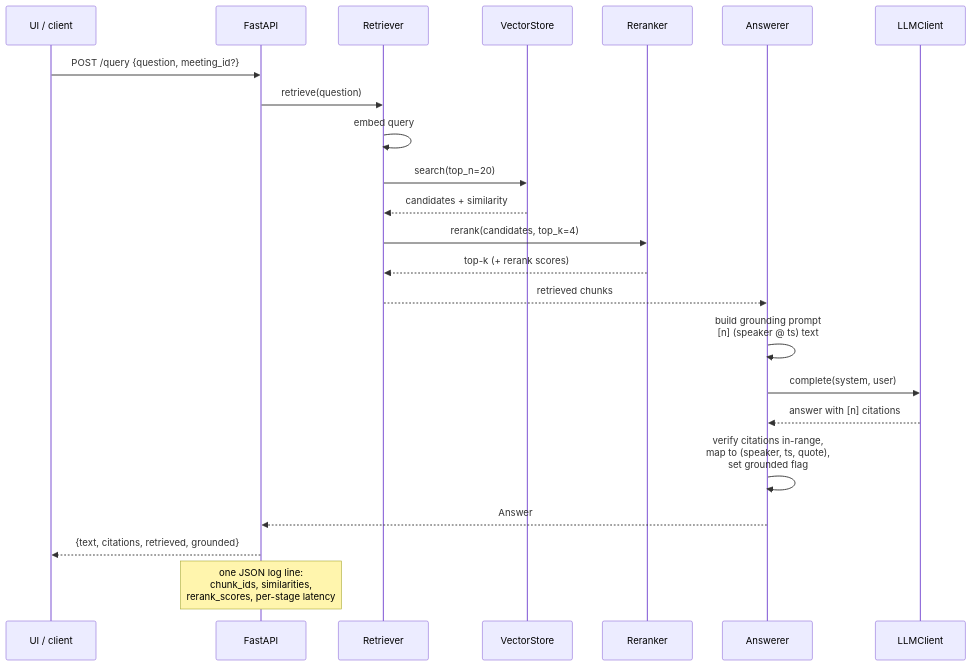
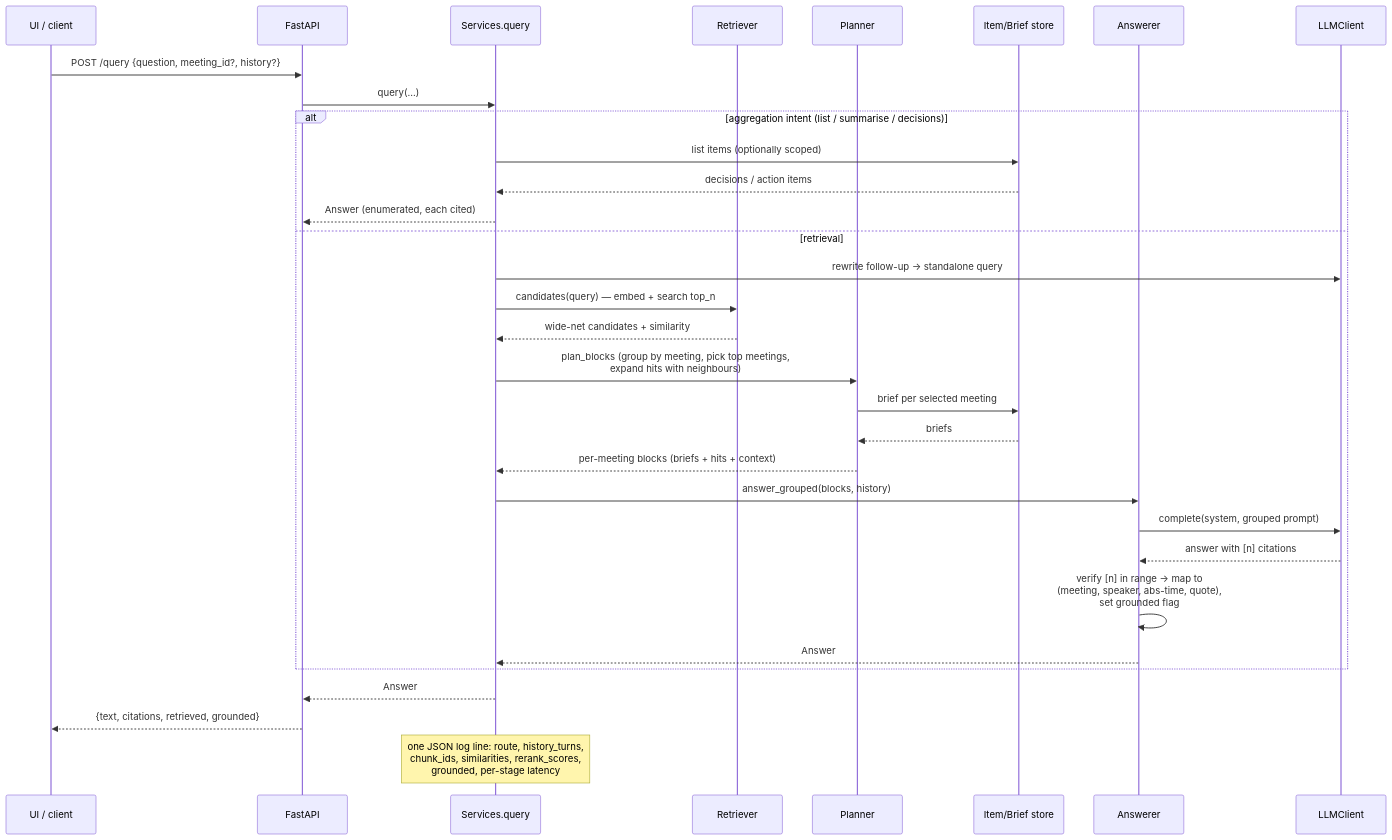
Before and after one commit to Farzinkh/newpage_solutions: the fifth of 5 diagrams in meeting-intelligence/docs/architecture.md, drawn with Mermaid. The commit also changed other lines of this file and 3 other files, not shown here.

First line of the commit message:
docs: bring architecture and READMEs up to date with current features

````diff
--- a/meeting-intelligence/docs/architecture.md
+++ b/meeting-intelligence/docs/architecture.md
@@ -184,26 +229,35 @@
 ```mermaid
 sequenceDiagram
     participant UI as UI / client
     participant API as FastAPI
+    participant SV as Services.query
     participant R as Retriever
-    participant VS as VectorStore
-    participant RR as Reranker
+    participant PL as Planner
+    participant IS as Item/Brief store
     participant AN as Answerer
     participant L as LLMClient
 
-    UI->>API: POST /query {question, meeting_id?}
-    API->>R: retrieve(question)
-    R->>R: embed query
-    R->>VS: search(top_n=20)
-    VS-->>R: candidates + similarity
-    R->>RR: rerank(candidates, top_k=4)
-    RR-->>R: top-k (+ rerank scores)
-    R-->>AN: retrieved chunks
-    AN->>AN: build grounding prompt<br/>[n] (speaker @ ts) text
-    AN->>L: complete(system, user)
-    L-->>AN: answer with [n] citations
-    AN->>AN: verify citations in-range,<br/>map to (speaker, ts, quote),<br/>set grounded flag
-    AN-->>API: Answer
+    UI->>API: POST /query {question, meeting_id?, history?}
+    API->>SV: query(...)
+    alt aggregation intent (list / summarise / decisions)
+        SV->>IS: list items (optionally scoped)
+        IS-->>SV: decisions / action items
+        SV-->>API: Answer (enumerated, each cited)
+    else retrieval
+        SV->>L: rewrite follow-up → standalone query
+        SV->>R: candidates(query) — embed + search top_n
+        R-->>SV: wide-net candidates + similarity
+        SV->>PL: plan_blocks (group by meeting, pick top meetings,<br/>expand hits with neighbours)
+        PL->>IS: brief per selected meeting
+        IS-->>PL: briefs
+        PL-->>SV: per-meeting blocks (briefs + hits + context)
+        SV->>AN: answer_grouped(blocks, history)
+        AN->>L: complete(system, grouped prompt)
+        L-->>AN: answer with [n] citations
+        AN->>AN: verify [n] in range → map to<br/>(meeting, speaker, abs-time, quote),<br/>set grounded flag
+        AN-->>SV: Answer
+    end
+    SV-->>API: Answer
     API-->>UI: {text, citations, retrieved, grounded}
-    Note over API: one JSON log line:<br/>chunk_ids, similarities,<br/>rerank_scores, per-stage latency
+    Note over SV: one JSON log line: route, history_turns,<br/>chunk_ids, similarities, rerank_scores,<br/>grounded, per-stage latency
 ```
````
